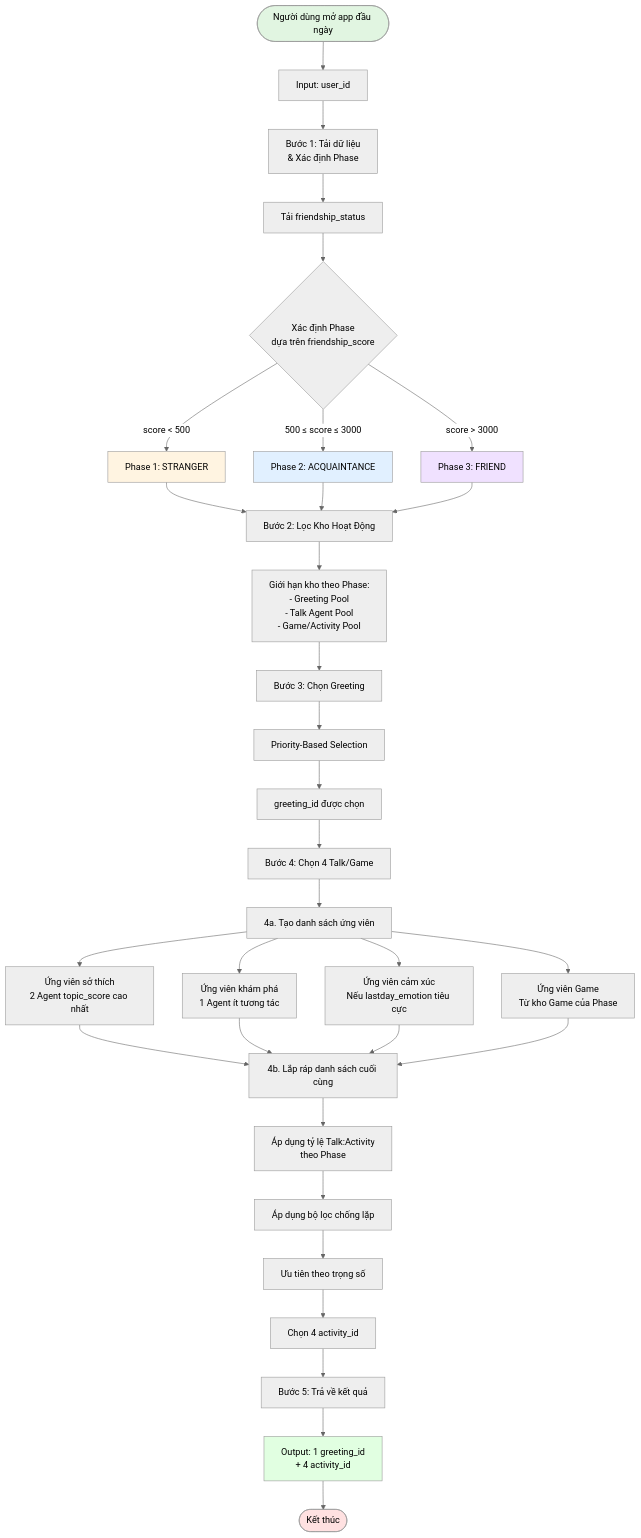
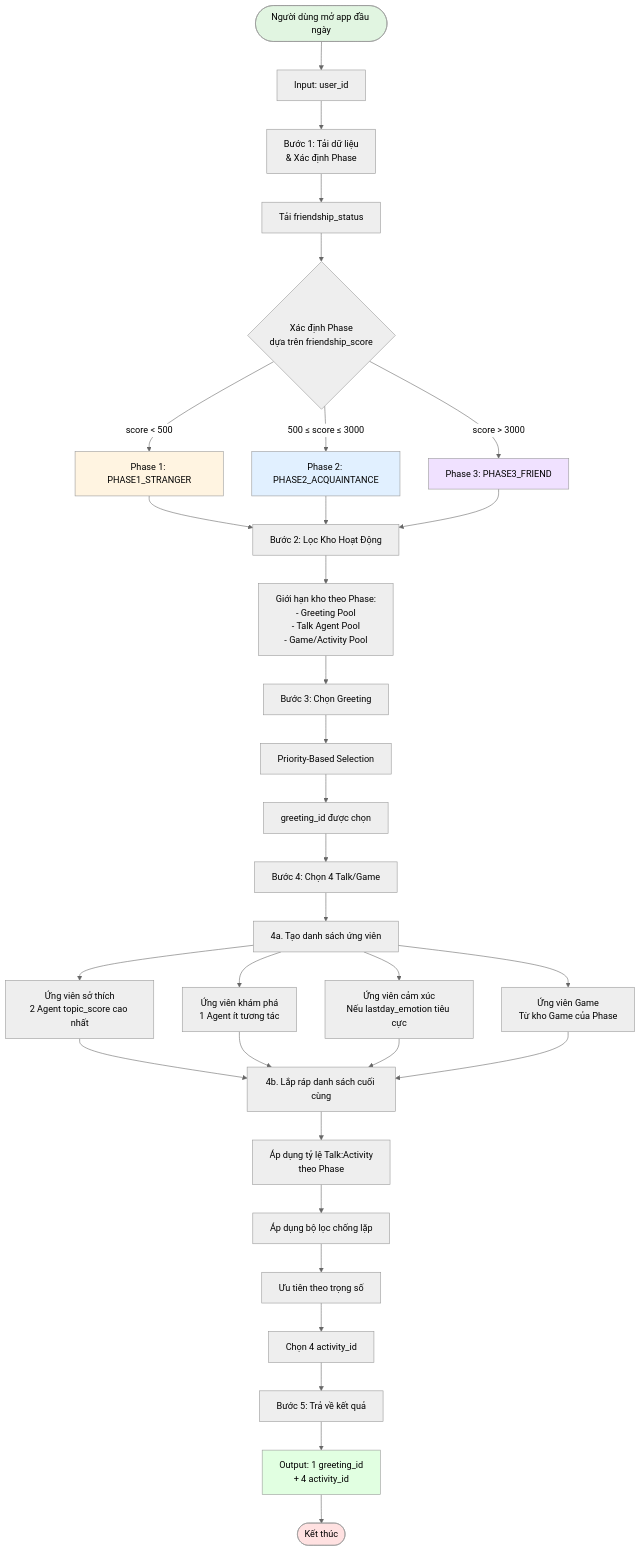
The first of 8 diagrams in docs/1_TaiLieuRobot_T2_24112025 - Robot/Tài liệu 3.1  Visulize Logic đầu ngày PIC - Đoàn Ngọc Cường - MANUS.md (DoanNgocCuong/context-handling-bigmodule_PikaRobot_25112025), drawn with Mermaid (neutral theme) before and after one commit. The commit also changed other lines of this file and 35 other files, not shown here.

First line of the commit message:
[update name: STRANGER - ACQUAINTANCE - FRIEND]

````diff
--- a/docs/1_TaiLieuRobot_T2_24112025 - Robot/Tài liệu 3.1  Visulize Logic đầu ngày PIC - Đoàn Ngọc Cường - MANUS.md
+++ b/docs/1_TaiLieuRobot_T2_24112025 - Robot/Tài liệu 3.1  Visulize Logic đầu ngày PIC - Đoàn Ngọc Cường - MANUS.md
@@ -5,52 +5,52 @@
 ```mermaid
 flowchart TD
     Start([Người dùng mở app đầu ngày]) --> Input[Input: user_id]
     Input --> Step1[Bước 1: Tải dữ liệu<br/>& Xác định Phase]
     
     Step1 --> LoadData[Tải friendship_status]
     LoadData --> DeterminePhase{Xác định Phase<br/>dựa trên friendship_score}
     
-    DeterminePhase -->|score < 500| Phase1[Phase 1: STRANGER]
-    DeterminePhase -->|500 ≤ score ≤ 3000| Phase2[Phase 2: ACQUAINTANCE]
-    DeterminePhase -->|score > 3000| Phase3[Phase 3: FRIEND]
+    DeterminePhase -->|score < 500| Phase1[Phase 1: PHASE1_STRANGER]
+    DeterminePhase -->|500 ≤ score ≤ 3000| Phase2[Phase 2: PHASE2_ACQUAINTANCE]
+    DeterminePhase -->|score > 3000| Phase3[Phase 3: PHASE3_FRIEND]
     
     Phase1 --> Step2[Bước 2: Lọc Kho Hoạt Động]
     Phase2 --> Step2
     Phase3 --> Step2
     
     Step2 --> FilterPools[Giới hạn kho theo Phase:<br/>- Greeting Pool<br/>- Talk Agent Pool<br/>- Game/Activity Pool]
     
     FilterPools --> Step3[Bước 3: Chọn Greeting]
     Step3 --> GreetingLogic[Priority-Based Selection]
     GreetingLogic --> GreetingSelected[greeting_id được chọn]
     
     GreetingSelected --> Step4[Bước 4: Chọn 4 Talk/Game]
     Step4 --> BuildCandidates[4a. Tạo danh sách ứng viên]
     
     BuildCandidates --> Pref[Ứng viên sở thích<br/>2 Agent topic_score cao nhất]
     BuildCandidates --> Explore[Ứng viên khám phá<br/>1 Agent ít tương tác]
     BuildCandidates --> Emotion[Ứng viên cảm xúc<br/>Nếu lastday_emotion tiêu cực]
     BuildCandidates --> Game[Ứng viên Game<br/>Từ kho Game của Phase]
     
     Pref --> Assemble[4b. Lắp ráp danh sách cuối cùng]
     Explore --> Assemble
     Emotion --> Assemble
     Game --> Assemble
     
     Assemble --> ApplyRatio[Áp dụng tỷ lệ Talk:Activity<br/>theo Phase]
     ApplyRatio --> AntiDup[Áp dụng bộ lọc chống lặp]
     AntiDup --> WeightPriority[Ưu tiên theo trọng số]
     
     WeightPriority --> Select4[Chọn 4 activity_id]
     
     Select4 --> Step5[Bước 5: Trả về kết quả]
     Step5 --> Output[Output: 1 greeting_id<br/>+ 4 activity_id]
     Output --> End([Kết thúc])
     
     style Start fill:#e1f5e1
     style End fill:#ffe1e1
     style Phase1 fill:#fff4e1
     style Phase2 fill:#e1f0ff
     style Phase3 fill:#f0e1ff
     style Output fill:#e1ffe1
 ```
````
